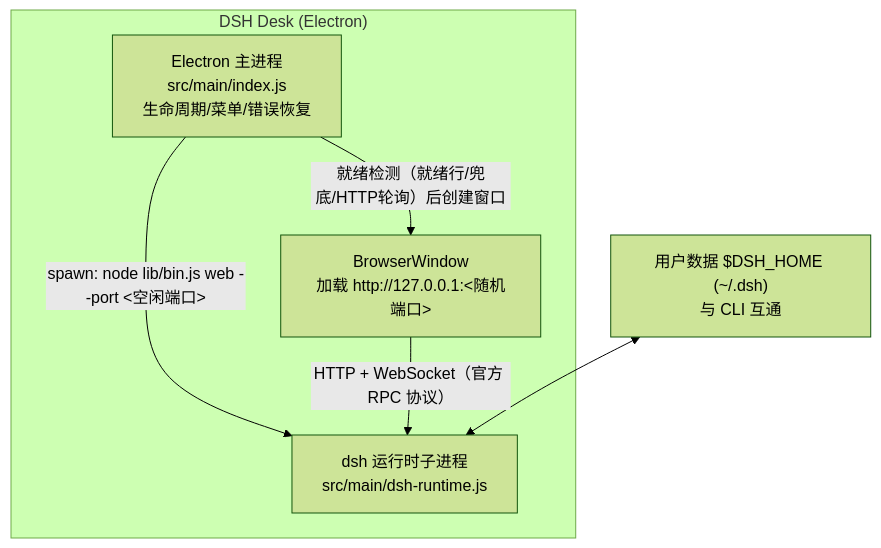
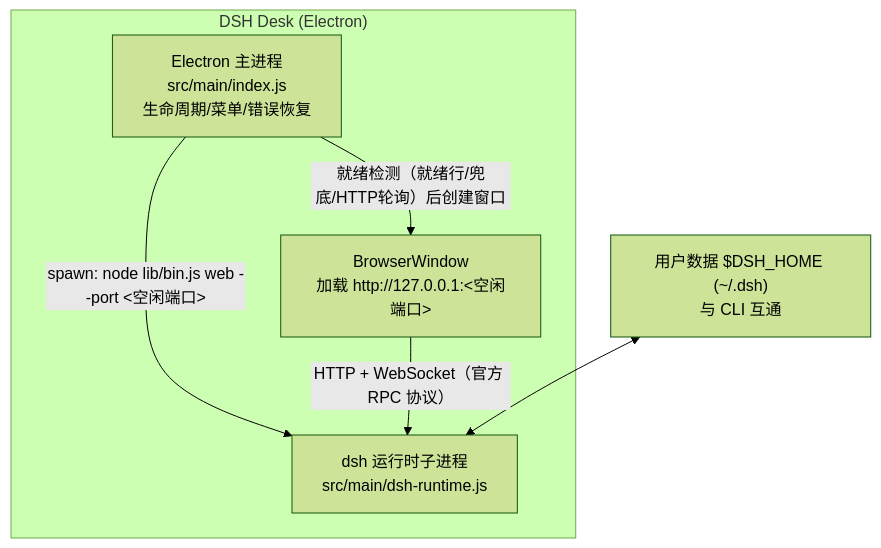
The second of 3 diagrams in README.md (volcanicll/dsh-desk), drawn with Mermaid (forest theme) before and after one commit. The commit also changed other lines of this file and 7 other files, not shown here.

````diff
--- a/README.md
+++ b/README.md
@@ -25,12 +93,12 @@
 ```mermaid
 flowchart TB
     subgraph "DSH Desk (Electron)"
         Main["Electron 主进程<br/>src/main/index.js<br/>生命周期/菜单/错误恢复"]
         Runtime["dsh 运行时子进程<br/>src/main/dsh-runtime.js"]
-        Win["BrowserWindow<br/>加载 http://127.0.0.1:&lt;随机端口&gt;"]
+        Win["BrowserWindow<br/>加载 http://127.0.0.1:&lt;空闲端口&gt;"]
         Main -- "spawn: node lib/bin.js web --port <空闲端口>" --> Runtime
         Main -- "就绪检测（就绪行/兜底/HTTP轮询）后创建窗口" --> Win
         Win -- "HTTP + WebSocket（官方 RPC 协议）" --> Runtime
     end
     Data["用户数据 $DSH_HOME (~/.dsh)<br/>与 CLI 互通"] <--> Runtime
 ```
````
